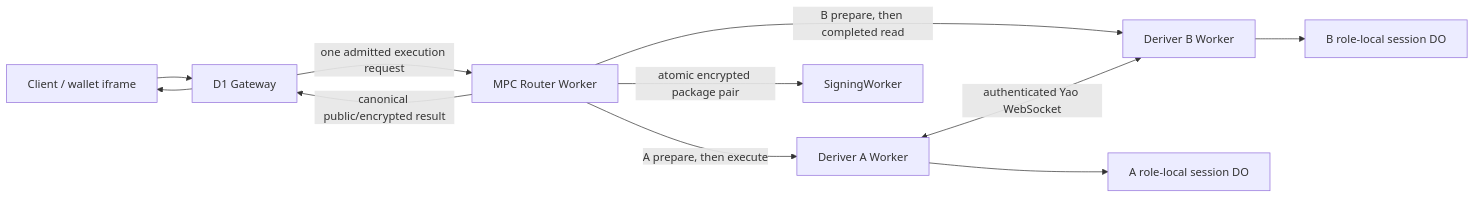
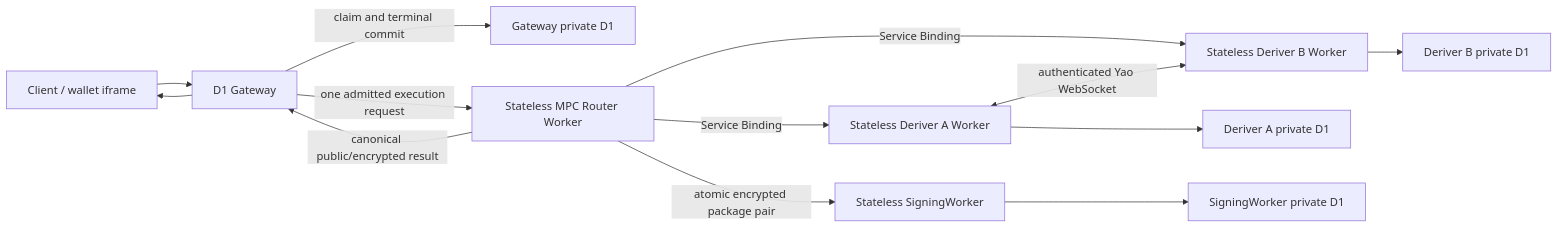
The diagram in docs/refactor-93.md (seams-tech/seams-sdk), drawn with Mermaid before and after one commit. The commit also changed other lines of this file and 24 other files, not shown here.

````diff
--- a/docs/refactor-93.md
+++ b/docs/refactor-93.md
@@ -243,13 +292,15 @@
 ```mermaid
 flowchart LR
     C["Client / wallet iframe"] --> G["D1 Gateway"]
-    G -->|"one admitted execution request"| R["MPC Router Worker"]
-    R -->|"A prepare, then execute"| A["Deriver A Worker"]
-    R -->|"B prepare, then completed read"| B["Deriver B Worker"]
-    A --> AD["A role-local session DO"]
-    B --> BD["B role-local session DO"]
+    G -->|"claim and terminal commit"| GD["Gateway private D1"]
+    G -->|"one admitted execution request"| R["Stateless MPC Router Worker"]
+    R -->|"Service Binding"| A["Stateless Deriver A Worker"]
+    R -->|"Service Binding"| B["Stateless Deriver B Worker"]
+    A --> AD["Deriver A private D1"]
+    B --> BD["Deriver B private D1"]
     A <-->|"authenticated Yao WebSocket"| B
-    R -->|"atomic encrypted package pair"| SW["SigningWorker"]
+    R -->|"atomic encrypted package pair"| SW["Stateless SigningWorker"]
+    SW --> SD["SigningWorker private D1"]
     R -->|"canonical public/encrypted result"| G
     G --> C
 ```
````
